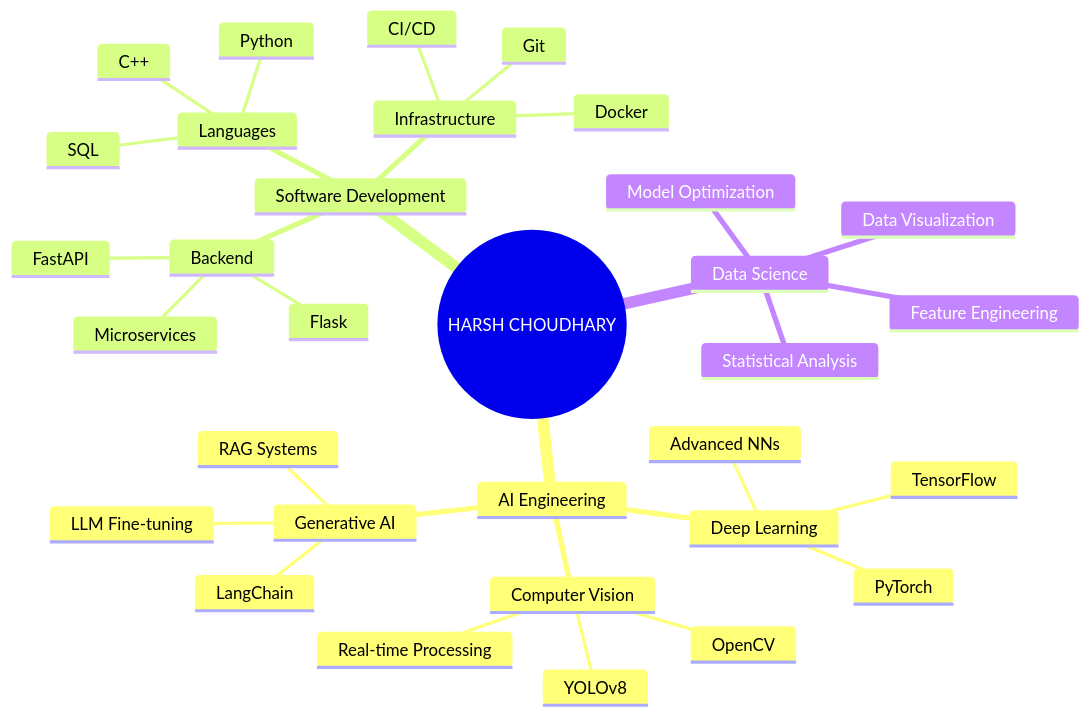
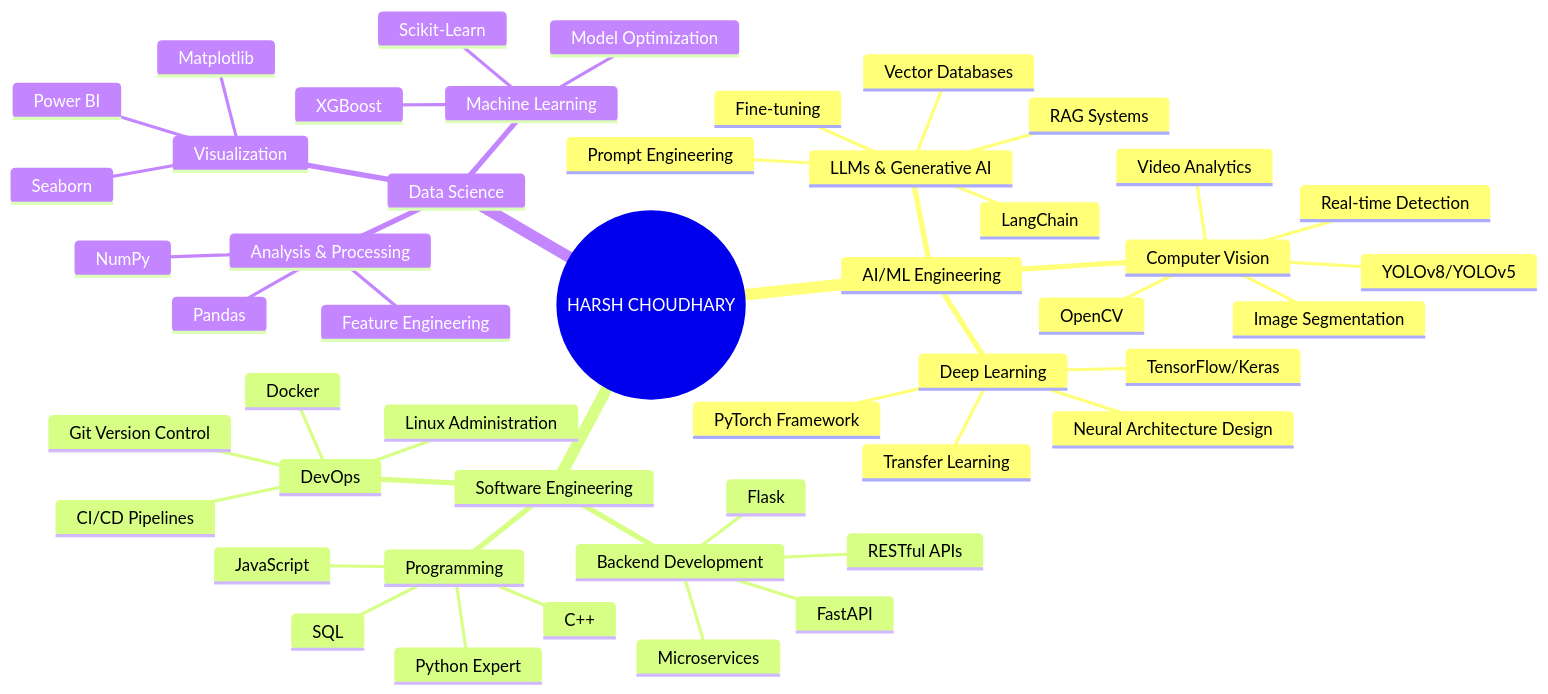
One commit to HarshChoudhary2003/HarshChoudhary2003 changed the first of 2 diagrams in README.md. Above: the diagram before and after it, drawn with Mermaid. The commit also changed other lines of this file, not shown here.

First line of the commit message:
✨ Major Enhancement: Comprehensive README with Advanced Visuals & Features

````diff
--- a/README.md
+++ b/README.md
@@ -136,35 +223,51 @@
 ```mermaid
 mindmap
-  root ((HARSH CHOUDHARY))
-    AI Engineering
+  root((HARSH CHOUDHARY))
+    AI/ML Engineering
       Deep Learning
-        PyTorch
-        TensorFlow
-        Advanced NNs
+        PyTorch Framework
+        TensorFlow/Keras
+        Neural Architecture Design
+        Transfer Learning
       Computer Vision
         OpenCV
-        YOLOv8
-        Real-time Processing
-      Generative AI
+        Real-time Detection
+        YOLOv8/YOLOv5
+        Image Segmentation
+        Video Analytics
+      LLMs & Generative AI
+        LangChain
         RAG Systems
-        LangChain
-        LLM Fine-tuning
-    Software Development
-      Backend
+        Prompt Engineering
+        Fine-tuning
+        Vector Databases
+    Software Engineering
+      Backend Development
         FastAPI
         Flask
+        RESTful APIs
         Microservices
-      Languages
-        Python
+      Programming
+        Python Expert
         C++
         SQL
-      Infrastructure
+        JavaScript
+      DevOps
         Docker
-        CI/CD
-        Git
+        CI/CD Pipelines
+        Git Version Control
+        Linux Administration
     Data Science
-      Statistical Analysis
-      Feature Engineering
-      Model Optimization
-      Data Visualization
+      Analysis & Processing
+        Pandas
+        NumPy
+        Feature Engineering
+      Machine Learning
+        Scikit-Learn
+        XGBoost
+        Model Optimization
+      Visualization
+        Matplotlib
+        Seaborn
+        Power BI
 ```
````
